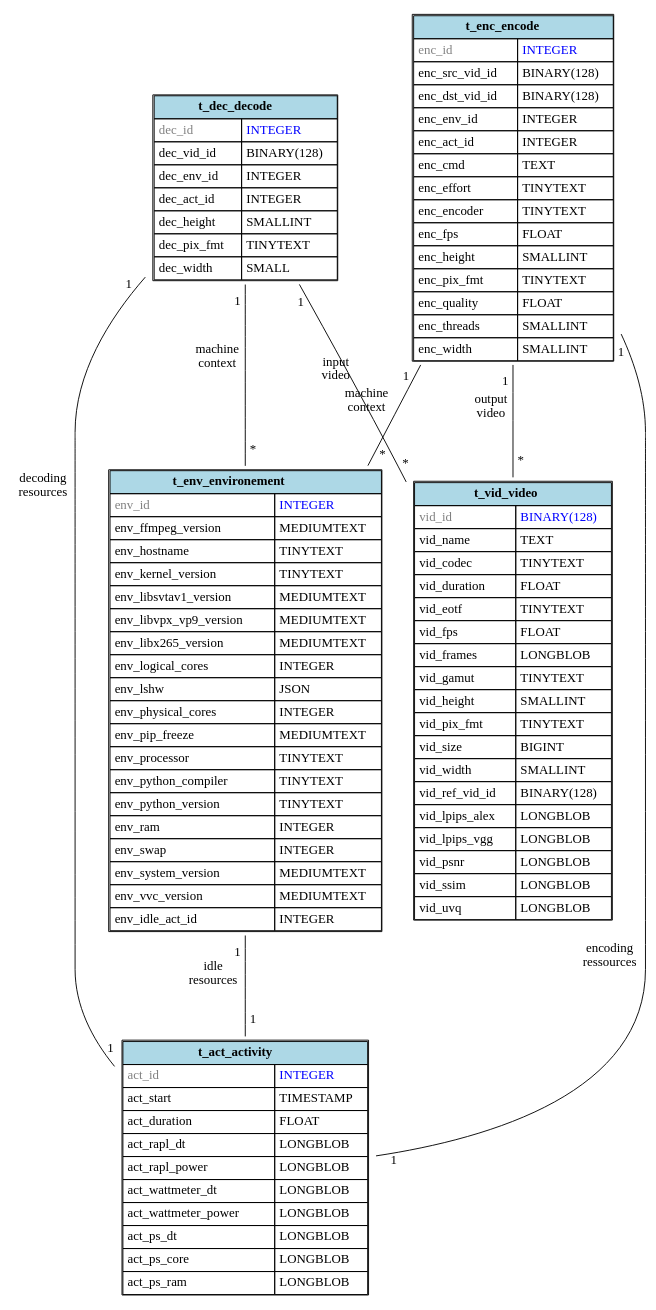
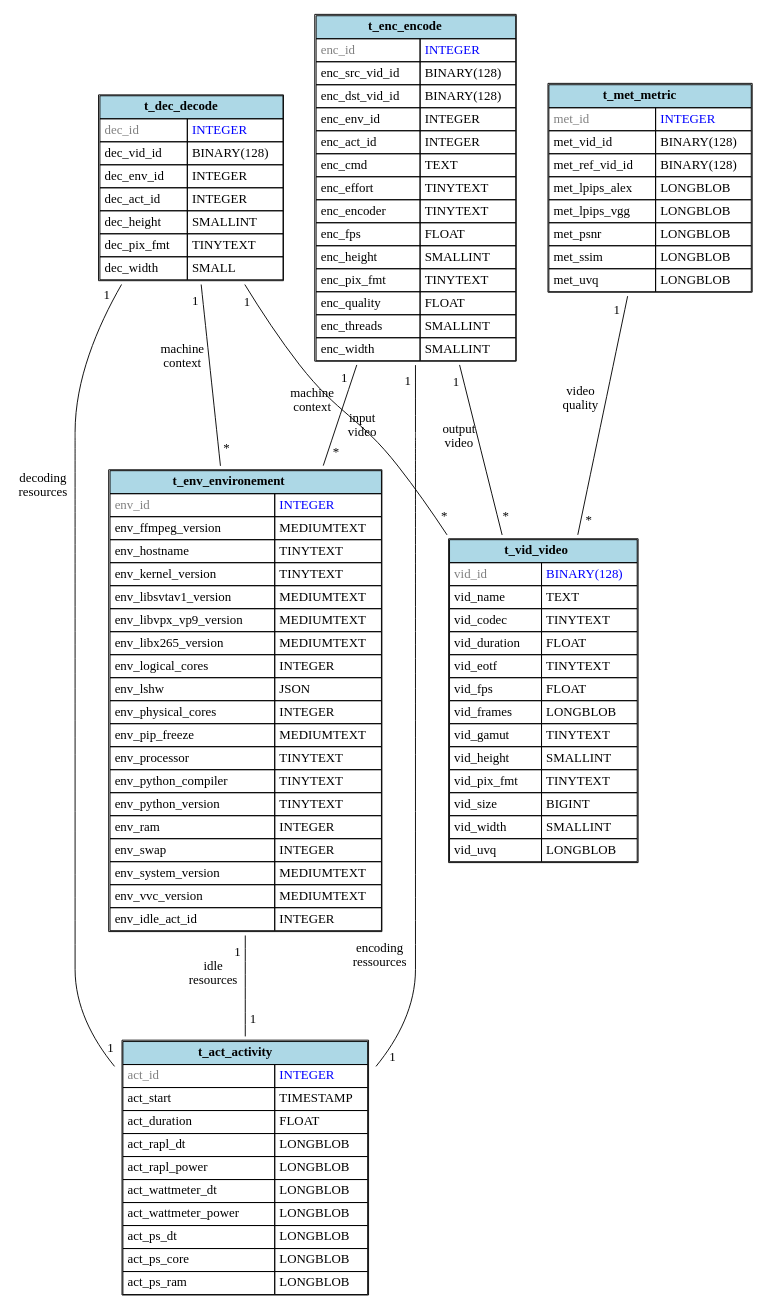
The diagram in docs/images/database.dot (robinechuca/mendevi), drawn with Graphviz before and after one commit. The commit also changed 3 other files, not shown here.

Commit message:
split metric and video table

```diff
--- a/docs/images/database.dot
+++ b/docs/images/database.dot
@@ -1,114 +1,125 @@
 # dot -Tsvg database.dot > database.svg
 graph database {
   node [shape=plaintext]
   t_act_activity [
     label=<
       <TABLE BORDER="1" CELLBORDER="1" CELLSPACING="0" CELLPADDING="4">
         <TR><TD COLSPAN="2" BGCOLOR="lightblue"><B>t_act_activity</B></TD></TR>
         <TR><TD ALIGN="LEFT"><FONT COLOR="gray">act_id</FONT></TD><TD ALIGN="LEFT"><FONT COLOR="blue">INTEGER</FONT></TD></TR>
         <TR><TD ALIGN="LEFT">act_start</TD><TD ALIGN="LEFT">TIMESTAMP</TD></TR>
         <TR><TD ALIGN="LEFT">act_duration</TD><TD ALIGN="LEFT">FLOAT</TD></TR>
         <TR><TD ALIGN="LEFT">act_rapl_dt</TD><TD ALIGN="LEFT">LONGBLOB</TD></TR>
         <TR><TD ALIGN="LEFT">act_rapl_power</TD><TD ALIGN="LEFT">LONGBLOB</TD></TR>
         <TR><TD ALIGN="LEFT">act_wattmeter_dt</TD><TD ALIGN="LEFT">LONGBLOB</TD></TR>
         <TR><TD ALIGN="LEFT">act_wattmeter_power</TD><TD ALIGN="LEFT">LONGBLOB</TD></TR>
         <TR><TD ALIGN="LEFT">act_ps_dt</TD><TD ALIGN="LEFT">LONGBLOB</TD></TR>
         <TR><TD ALIGN="LEFT">act_ps_core</TD><TD ALIGN="LEFT">LONGBLOB</TD></TR>
         <TR><TD ALIGN="LEFT">act_ps_ram</TD><TD ALIGN="LEFT">LONGBLOB</TD></TR>
       </TABLE>
     >
   ];
   t_vid_video [
     label=<
       <TABLE BORDER="1" CELLBORDER="1" CELLSPACING="0" CELLPADDING="4">
         <TR><TD COLSPAN="2" BGCOLOR="lightblue"><B>t_vid_video</B></TD></TR>
         <TR><TD ALIGN="LEFT"><FONT COLOR="gray">vid_id</FONT></TD><TD ALIGN="LEFT"><FONT COLOR="blue">BINARY(128)</FONT></TD></TR>
         <TR><TD ALIGN="LEFT">vid_name</TD><TD ALIGN="LEFT">TEXT</TD></TR>
         <TR><TD ALIGN="LEFT">vid_codec</TD><TD ALIGN="LEFT">TINYTEXT</TD></TR>
         <TR><TD ALIGN="LEFT">vid_duration</TD><TD ALIGN="LEFT">FLOAT</TD></TR>
         <TR><TD ALIGN="LEFT">vid_eotf</TD><TD ALIGN="LEFT">TINYTEXT</TD></TR>
         <TR><TD ALIGN="LEFT">vid_fps</TD><TD ALIGN="LEFT">FLOAT</TD></TR>
         <TR><TD ALIGN="LEFT">vid_frames</TD><TD ALIGN="LEFT">LONGBLOB</TD></TR>
         <TR><TD ALIGN="LEFT">vid_gamut</TD><TD ALIGN="LEFT">TINYTEXT</TD></TR>
         <TR><TD ALIGN="LEFT">vid_height</TD><TD ALIGN="LEFT">SMALLINT</TD></TR>
         <TR><TD ALIGN="LEFT">vid_pix_fmt</TD><TD ALIGN="LEFT">TINYTEXT</TD></TR>
         <TR><TD ALIGN="LEFT">vid_size</TD><TD ALIGN="LEFT">BIGINT</TD></TR>
         <TR><TD ALIGN="LEFT">vid_width</TD><TD ALIGN="LEFT">SMALLINT</TD></TR>
-        <TR><TD ALIGN="LEFT">vid_ref_vid_id</TD><TD ALIGN="LEFT">BINARY(128)</TD></TR>
-        <TR><TD ALIGN="LEFT">vid_lpips_alex</TD><TD ALIGN="LEFT">LONGBLOB</TD></TR>
-        <TR><TD ALIGN="LEFT">vid_lpips_vgg</TD><TD ALIGN="LEFT">LONGBLOB</TD></TR>
-        <TR><TD ALIGN="LEFT">vid_psnr</TD><TD ALIGN="LEFT">LONGBLOB</TD></TR>
-        <TR><TD ALIGN="LEFT">vid_ssim</TD><TD ALIGN="LEFT">LONGBLOB</TD></TR>
         <TR><TD ALIGN="LEFT">vid_uvq</TD><TD ALIGN="LEFT">LONGBLOB</TD></TR>
+      </TABLE>
+    >
+  ];
+  t_met_metric [
+    label=<
+      <TABLE BORDER="1" CELLBORDER="1" CELLSPACING="0" CELLPADDING="4">
+        <TR><TD COLSPAN="2" BGCOLOR="lightblue"><B>t_met_metric</B></TD></TR>
+        <TR><TD ALIGN="LEFT"><FONT COLOR="gray">met_id</FONT></TD><TD ALIGN="LEFT"><FONT COLOR="blue">INTEGER</FONT></TD></TR>
+        <TR><TD ALIGN="LEFT">met_vid_id</TD><TD ALIGN="LEFT">BINARY(128)</TD></TR>
+        <TR><TD ALIGN="LEFT">met_ref_vid_id</TD><TD ALIGN="LEFT">BINARY(128)</TD></TR>
+        <TR><TD ALIGN="LEFT">met_lpips_alex</TD><TD ALIGN="LEFT">LONGBLOB</TD></TR>
+        <TR><TD ALIGN="LEFT">met_lpips_vgg</TD><TD ALIGN="LEFT">LONGBLOB</TD></TR>
+        <TR><TD ALIGN="LEFT">met_psnr</TD><TD ALIGN="LEFT">LONGBLOB</TD></TR>
+        <TR><TD ALIGN="LEFT">met_ssim</TD><TD ALIGN="LEFT">LONGBLOB</TD></TR>
+        <TR><TD ALIGN="LEFT">met_uvq</TD><TD ALIGN="LEFT">LONGBLOB</TD></TR>
       </TABLE>
     >
   ];
   t_env_environement [
     label=<
       <TABLE BORDER="1" CELLBORDER="1" CELLSPACING="0" CELLPADDING="4">
         <TR><TD COLSPAN="2" BGCOLOR="lightblue"><B>t_env_environement</B></TD></TR>
         <TR><TD ALIGN="LEFT"><FONT COLOR="gray">env_id</FONT></TD><TD ALIGN="LEFT"><FONT COLOR="blue">INTEGER</FONT></TD></TR>
         <TR><TD ALIGN="LEFT">env_ffmpeg_version</TD><TD ALIGN="LEFT">MEDIUMTEXT</TD></TR>
         <TR><TD ALIGN="LEFT">env_hostname</TD><TD ALIGN="LEFT">TINYTEXT</TD></TR>
         <TR><TD ALIGN="LEFT">env_kernel_version</TD><TD ALIGN="LEFT">TINYTEXT</TD></TR>
         <TR><TD ALIGN="LEFT">env_libsvtav1_version</TD><TD ALIGN="LEFT">MEDIUMTEXT</TD></TR>
         <TR><TD ALIGN="LEFT">env_libvpx_vp9_version</TD><TD ALIGN="LEFT">MEDIUMTEXT</TD></TR>
         <TR><TD ALIGN="LEFT">env_libx265_version</TD><TD ALIGN="LEFT">MEDIUMTEXT</TD></TR>
         <TR><TD ALIGN="LEFT">env_logical_cores</TD><TD ALIGN="LEFT">INTEGER</TD></TR>
         <TR><TD ALIGN="LEFT">env_lshw</TD><TD ALIGN="LEFT">JSON</TD></TR>
         <TR><TD ALIGN="LEFT">env_physical_cores</TD><TD ALIGN="LEFT">INTEGER</TD></TR>
         <TR><TD ALIGN="LEFT">env_pip_freeze</TD><TD ALIGN="LEFT">MEDIUMTEXT</TD></TR>
         <TR><TD ALIGN="LEFT">env_processor</TD><TD ALIGN="LEFT">TINYTEXT</TD></TR>
         <TR><TD ALIGN="LEFT">env_python_compiler</TD><TD ALIGN="LEFT">TINYTEXT</TD></TR>
         <TR><TD ALIGN="LEFT">env_python_version</TD><TD ALIGN="LEFT">TINYTEXT</TD></TR>
         <TR><TD ALIGN="LEFT">env_ram</TD><TD ALIGN="LEFT">INTEGER</TD></TR>
         <TR><TD ALIGN="LEFT">env_swap</TD><TD ALIGN="LEFT">INTEGER</TD></TR>
         <TR><TD ALIGN="LEFT">env_system_version</TD><TD ALIGN="LEFT">MEDIUMTEXT</TD></TR>
         <TR><TD ALIGN="LEFT">env_vvc_version</TD><TD ALIGN="LEFT">MEDIUMTEXT</TD></TR>
         <TR><TD ALIGN="LEFT">env_idle_act_id</TD><TD ALIGN="LEFT">INTEGER</TD></TR>
       </TABLE>
     >
   ];
   t_dec_decode [
     label=<
       <TABLE BORDER="1" CELLBORDER="1" CELLSPACING="0" CELLPADDING="4">
         <TR><TD COLSPAN="2" BGCOLOR="lightblue"><B>t_dec_decode</B></TD></TR>
         <TR><TD ALIGN="LEFT"><FONT COLOR="gray">dec_id</FONT></TD><TD ALIGN="LEFT"><FONT COLOR="blue">INTEGER</FONT></TD></TR>
         <TR><TD ALIGN="LEFT">dec_vid_id</TD><TD ALIGN="LEFT">BINARY(128)</TD></TR>
         <TR><TD ALIGN="LEFT">dec_env_id</TD><TD ALIGN="LEFT">INTEGER</TD></TR>
         <TR><TD ALIGN="LEFT">dec_act_id</TD><TD ALIGN="LEFT">INTEGER</TD></TR>
         <TR><TD ALIGN="LEFT">dec_height</TD><TD ALIGN="LEFT">SMALLINT</TD></TR>
         <TR><TD ALIGN="LEFT">dec_pix_fmt</TD><TD ALIGN="LEFT">TINYTEXT</TD></TR>
         <TR><TD ALIGN="LEFT">dec_width</TD><TD ALIGN="LEFT">SMALL</TD></TR>
       </TABLE>
     >
   ];
   t_enc_encode [
     label=<
       <TABLE BORDER="1" CELLBORDER="1" CELLSPACING="0" CELLPADDING="4">
         <TR><TD COLSPAN="2" BGCOLOR="lightblue"><B>t_enc_encode</B></TD></TR>
         <TR><TD ALIGN="LEFT"><FONT COLOR="gray">enc_id</FONT></TD><TD ALIGN="LEFT"><FONT COLOR="blue">INTEGER</FONT></TD></TR>
         <TR><TD ALIGN="LEFT">enc_src_vid_id</TD><TD ALIGN="LEFT">BINARY(128)</TD></TR>
         <TR><TD ALIGN="LEFT">enc_dst_vid_id</TD><TD ALIGN="LEFT">BINARY(128)</TD></TR>
         <TR><TD ALIGN="LEFT">enc_env_id</TD><TD ALIGN="LEFT">INTEGER</TD></TR>
         <TR><TD ALIGN="LEFT">enc_act_id</TD><TD ALIGN="LEFT">INTEGER</TD></TR>
         <TR><TD ALIGN="LEFT">enc_cmd</TD><TD ALIGN="LEFT">TEXT</TD></TR>
         <TR><TD ALIGN="LEFT">enc_effort</TD><TD ALIGN="LEFT">TINYTEXT</TD></TR>
         <TR><TD ALIGN="LEFT">enc_encoder</TD><TD ALIGN="LEFT">TINYTEXT</TD></TR>
         <TR><TD ALIGN="LEFT">enc_fps</TD><TD ALIGN="LEFT">FLOAT</TD></TR>
         <TR><TD ALIGN="LEFT">enc_height</TD><TD ALIGN="LEFT">SMALLINT</TD></TR>
         <TR><TD ALIGN="LEFT">enc_pix_fmt</TD><TD ALIGN="LEFT">TINYTEXT</TD></TR>
         <TR><TD ALIGN="LEFT">enc_quality</TD><TD ALIGN="LEFT">FLOAT</TD></TR>
         <TR><TD ALIGN="LEFT">enc_threads</TD><TD ALIGN="LEFT">SMALLINT</TD></TR>
         <TR><TD ALIGN="LEFT">enc_width</TD><TD ALIGN="LEFT">SMALLINT</TD></TR>
       </TABLE>
     >
   ];
   t_enc_encode -- t_act_activity [minlen=3, taillabel="1", headlabel="1", xlabel="encoding\nressources", labeldistance=2.0]
   t_enc_encode -- t_env_environement [minlen=3, taillabel="1", headlabel="*", xlabel="machine\ncontext", labeldistance=2.0]
   t_enc_encode -- t_vid_video [minlen=3, taillabel="1", headlabel="*", xlabel="output\nvideo", labeldistance=2.0]
+  t_met_metric -- t_vid_video [minlen=3, taillabel="1", headlabel="*", xlabel="video\nquality", labeldistance=2.0]
   t_dec_decode -- t_act_activity [minlen=3, taillabel="1", headlabel="1", xlabel="decoding\nresources", labeldistance=2.0]
   t_dec_decode -- t_env_environement [minlen=3, taillabel="1", headlabel="*", xlabel="machine\ncontext", labeldistance=2.0]
   t_dec_decode -- t_vid_video [minlen=3, taillabel="1", headlabel="*", xlabel="input\nvideo", labeldistance=2.0]
   t_env_environement -- t_act_activity [minlen=3, taillabel="1", headlabel="1", xlabel="idle\nresources", labeldistance=2.0]
 }
```
